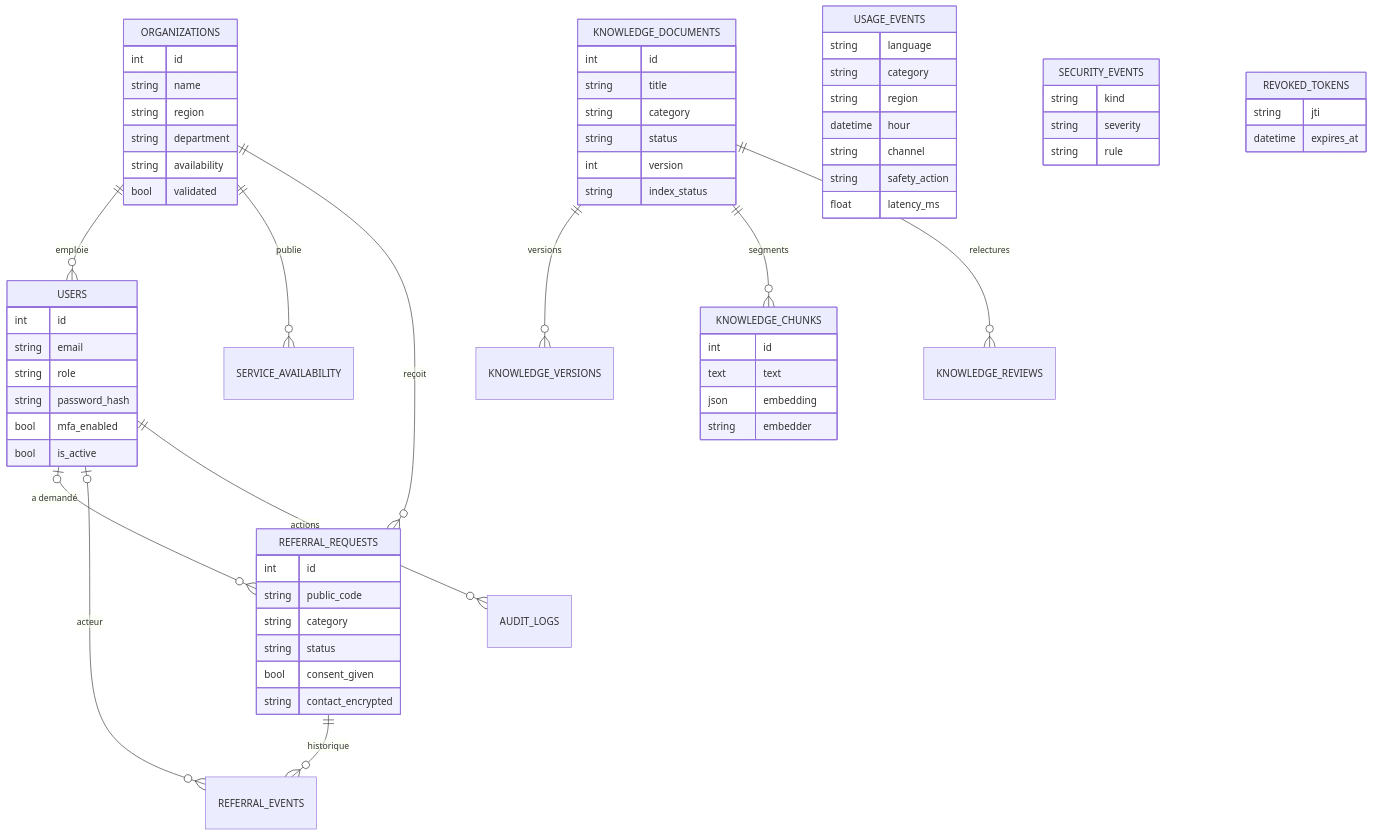
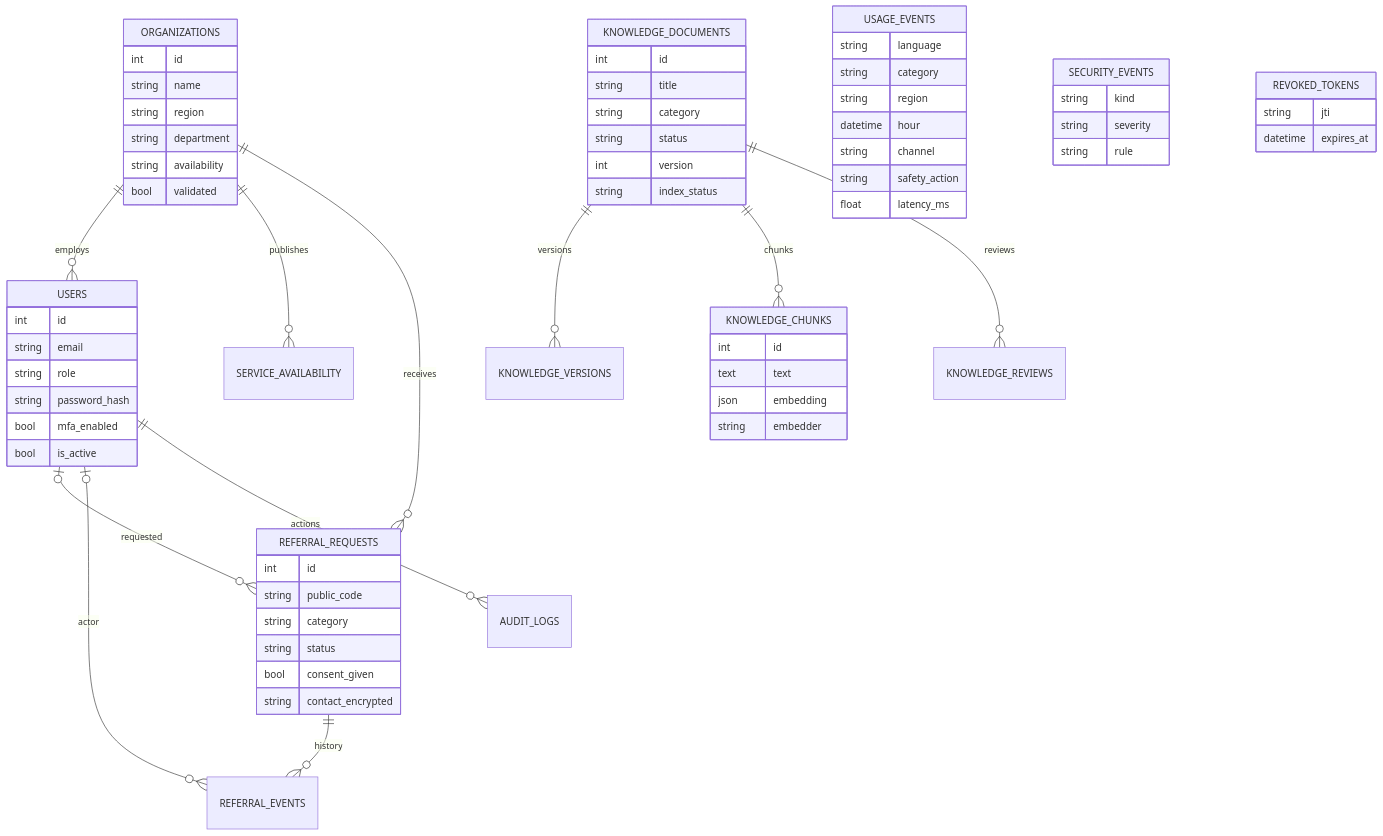
One commit to Dioumadev221/SUNUSAFEGUARD changed diagram 12 of 17 in README.md. Above: the diagram before and after it, drawn with Mermaid. The commit also changed other lines of this file and 1 other file, not shown here.

````diff
--- a/README.md
+++ b/README.md
@@ -480,70 +495,70 @@
 ```mermaid
 erDiagram
-    ORGANIZATIONS ||--o{ USERS : "emploie"
-    ORGANIZATIONS ||--o{ SERVICE_AVAILABILITY : "publie"
-    ORGANIZATIONS ||--o{ REFERRAL_REQUESTS : "reçoit"
-    USERS |o--o{ REFERRAL_REQUESTS : "a demandé"
-    REFERRAL_REQUESTS ||--o{ REFERRAL_EVENTS : "historique"
-    USERS |o--o{ REFERRAL_EVENTS : "acteur"
+    ORGANIZATIONS ||--o{ USERS : "employs"
+    ORGANIZATIONS ||--o{ SERVICE_AVAILABILITY : "publishes"
+    ORGANIZATIONS ||--o{ REFERRAL_REQUESTS : "receives"
+    USERS |o--o{ REFERRAL_REQUESTS : "requested"
+    REFERRAL_REQUESTS ||--o{ REFERRAL_EVENTS : "history"
+    USERS |o--o{ REFERRAL_EVENTS : "actor"
     KNOWLEDGE_DOCUMENTS ||--o{ KNOWLEDGE_VERSIONS : "versions"
-    KNOWLEDGE_DOCUMENTS ||--o{ KNOWLEDGE_CHUNKS : "segments"
-    KNOWLEDGE_DOCUMENTS ||--o{ KNOWLEDGE_REVIEWS : "relectures"
+    KNOWLEDGE_DOCUMENTS ||--o{ KNOWLEDGE_CHUNKS : "chunks"
+    KNOWLEDGE_DOCUMENTS ||--o{ KNOWLEDGE_REVIEWS : "reviews"
     USERS ||--o{ AUDIT_LOGS : "actions"
 
     ORGANIZATIONS {
         int id
         string name
         string region
         string department
         string availability
         bool validated
     }
     USERS {
         int id
         string email
         string role
         string password_hash
         bool mfa_enabled
         bool is_active
     }
     REFERRAL_REQUESTS {
         int id
         string public_code
         string category
         string status
         bool consent_given
         string contact_encrypted
     }
     KNOWLEDGE_DOCUMENTS {
         int id
         string title
         string category
         string status
         int version
         string index_status
     }
     KNOWLEDGE_CHUNKS {
         int id
         text text
         json embedding
         string embedder
     }
     USAGE_EVENTS {
         string language
         string category
         string region
         datetime hour
         string channel
         string safety_action
         float latency_ms
     }
     SECURITY_EVENTS {
         string kind
         string severity
         string rule
     }
     REVOKED_TOKENS {
         string jti
         datetime expires_at
     }
 ```
````
